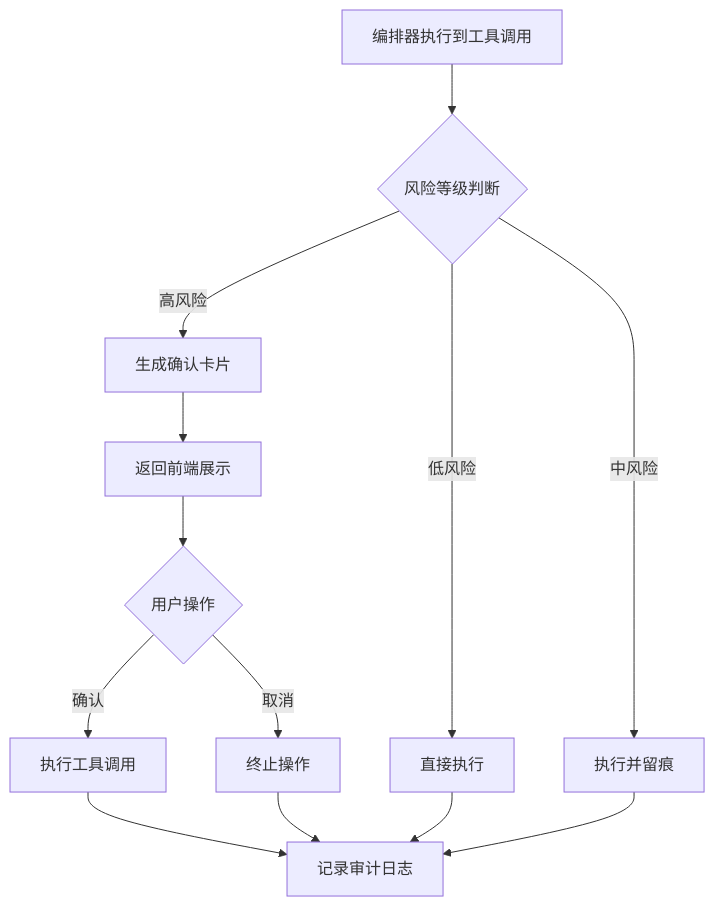
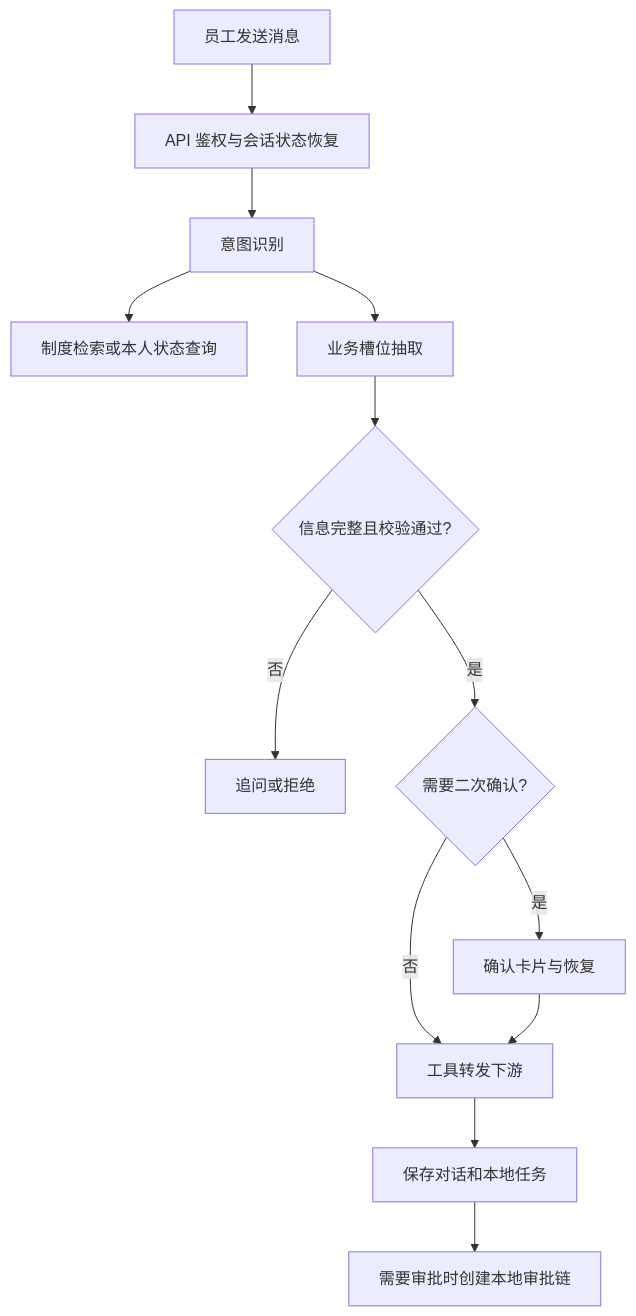
The diagram in docs/architecture/行政智能系统-技术方案设计.md (pretextQ/admin-agent), drawn with Mermaid before and after one commit. The commit also changed other lines of this file and 47 other files, not shown here.

````diff
--- a/docs/architecture/行政智能系统-技术方案设计.md
+++ b/docs/architecture/行政智能系统-技术方案设计.md
@@ -229,15 +43,15 @@
 ```mermaid
 flowchart TD
-    A[编排器执行到工具调用] --> B{风险等级判断}
-    B -->|低风险| C[直接执行]
-    B -->|中风险| D[执行并留痕]
-    B -->|高风险| E[生成确认卡片]
-    E --> F[返回前端展示]
-    F --> G{用户操作}
-    G -->|确认| H[执行工具调用]
-    G -->|取消| I[终止操作]
-    H --> J[记录审计日志]
+    A[员工发送消息] --> B[API 鉴权与会话状态恢复]
+    B --> C[意图识别]
+    C --> D[制度检索或本人状态查询]
+    C --> E[业务槽位抽取]
+    E --> F{信息完整且校验通过?}
+    F -->|否| G[追问或拒绝]
+    F -->|是| H{需要二次确认?}
+    H -->|是| I[确认卡片与恢复]
+    H -->|否| J[工具转发下游]
     I --> J
-    C --> J
-    D --> J
+    J --> K[保存对话和本地任务]
+    K --> L[需要审批时创建本地审批链]
 ```
````
